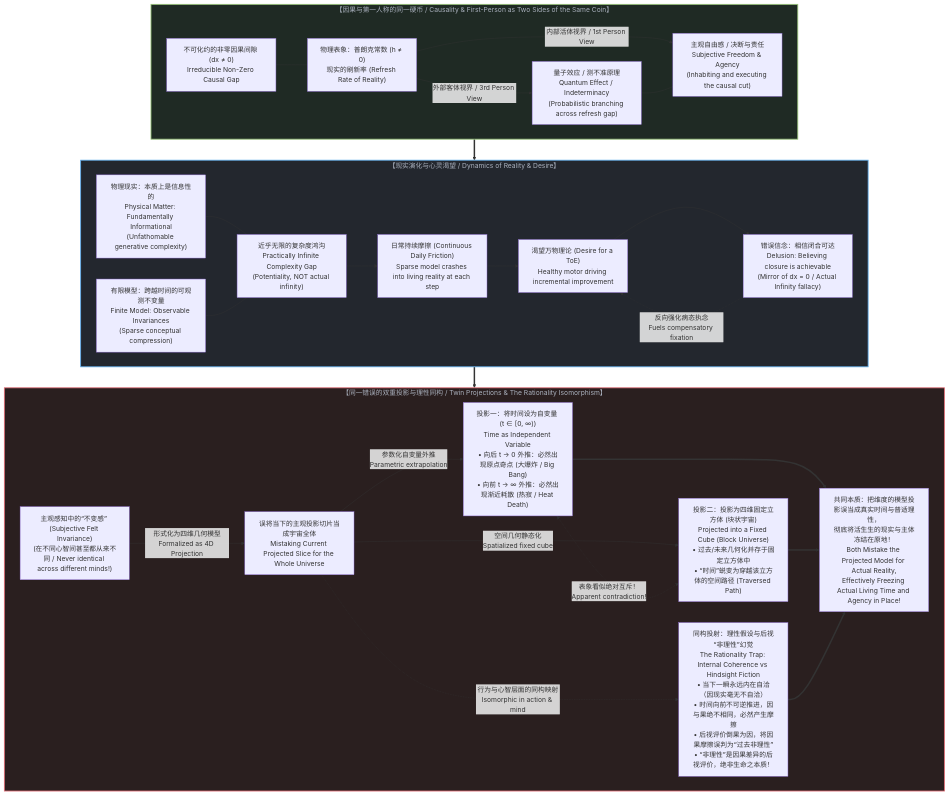
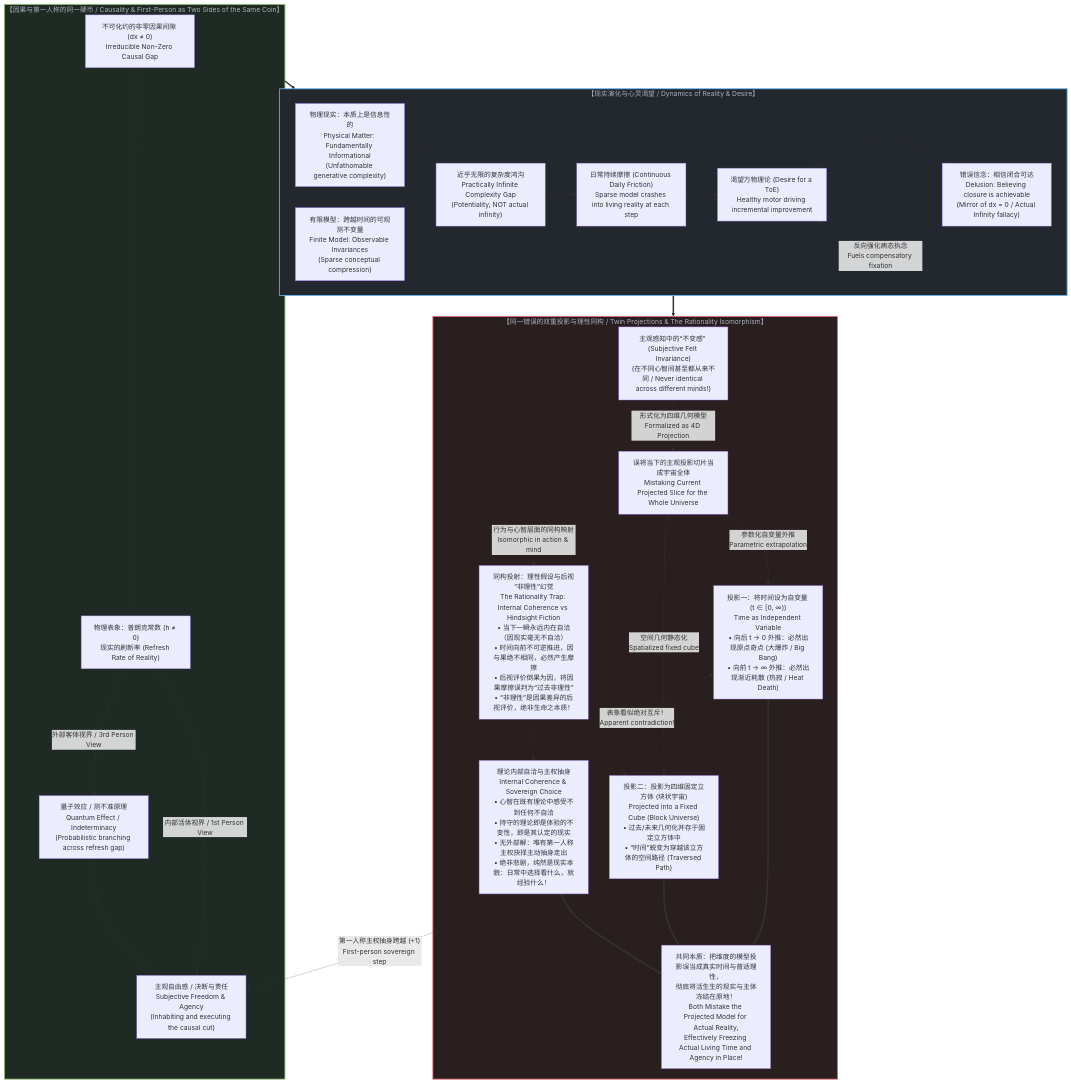
The diagram in content/posts/demanding-a-toe-freezes-time-into-a-catalog.md (powerpig99/not-a-toe), drawn with Mermaid before and after one commit. The commit also changed other lines of this file and 3 other files, not shown here.

Commit message:
feat: add internal coherence of theories and sovereign step, recalibrating tone to everyday reality

````diff
--- a/content/posts/demanding-a-toe-freezes-time-into-a-catalog.md
+++ b/content/posts/demanding-a-toe-freezes-time-into-a-catalog.md
@@ -678,63 +743,67 @@
 ```mermaid
 graph TD
     subgraph GrandCoherence["【因果与第一人称的同一硬币 / Causality & First-Person as Two Sides of the Same Coin】"]
         Cut["不可化约的非零因果间隙 (dx ≠ 0)<br>Irreducible Non-Zero Causal Gap"]
         Planck["物理表象：普朗克常数 (h ≠ 0)<br>现实的刷新率 (Refresh Rate of Reality)"]
         
         Cut --- Planck
         
         Planck -->|"外部客体视界 / 3rd Person View"| Quantum["量子效应 / 测不准原理<br>Quantum Effect / Indeterminacy<br>(Probabilistic branching across refresh gap)"]
         Planck -->|"内部活体视界 / 1st Person View"| Freedom["主观自由感 / 决断与责任<br>Subjective Freedom & Agency<br>(Inhabiting and executing the causal cut)"]
         
         Quantum --- Freedom
     end
 
     subgraph Dynamics["【现实演化与心灵渴望 / Dynamics of Reality & Desire】"]
         Reality["物理现实：本质上是信息性的<br>Physical Matter: Fundamentally Informational<br>(Unfathomable generative complexity)"]
         Model["有限模型：跨越时间的可观测不变量<br>Finite Model: Observable Invariances<br>(Sparse conceptual compression)"]
         
         Gap["近乎无限的复杂度鸿沟<br>Practically Infinite Complexity Gap<br>(Potentiality, NOT actual infinity)"]
         Reality --- Gap
         Model --- Gap
         
         Friction["日常持续摩擦 (Continuous Daily Friction)<br>Sparse model crashes into living reality at each step"]
         Gap --> Friction
         
         Desire["渴望万物理论 (Desire for a ToE)<br>Healthy motor driving incremental improvement"]
         Belief["错误信念：相信闭合可达<br>Delusion: Believing closure is achievable<br>(Mirror of dx = 0 / Actual Infinity fallacy)"]
         
         Friction --> Desire
         Desire --> Belief
         Belief -. "反向强化病态执念<br>Fuels compensatory fixation" .-> Desire
     end
 
     subgraph TwinProjections["【同一错误的双重投影与理性同构 / Twin Projections & The Rationality Isomorphism】"]
         Subjective["主观感知中的“不变感” (Subjective Felt Invariance)<br>(在不同心智间甚至都从来不同 / Never identical across different minds!)"]
         CurrentSlice["误将当下的主观投影切片当成宇宙全体<br>Mistaking Current Projected Slice for the Whole Universe"]
         
         Subjective -->|"形式化为四维几何模型<br>Formalized as 4D Projection"| CurrentSlice
         
         Proj1["投影一：将时间设为自变量 (t ∈ [0, ∞))<br>Time as Independent Variable<br>• 向后 t → 0 外推：必然出现原点奇点 (大爆炸 / Big Bang)<br>• 向前 t → ∞ 外推：必然出现渐近耗散 (热寂 / Heat Death)"]
         
         Proj2["投影二：投影为四维固定立方体 (块状宇宙)<br>Projected into a Fixed Cube (Block Universe)<br>• 过去/未来几何化并存于固定立方体中<br>• “时间”蜕变为穿越该立方体的空间路径 (Traversed Path)"]
         
         Rationality["同构投射：理性假设与后视“非理性”幻觉<br>The Rationality Trap: Internal Coherence vs Hindsight Fiction<br>• 当下一瞬永远内在自洽（因现实毫无不自洽）<br>• 时间向前不可逆推进，因与果绝不相同，必然产生摩擦<br>• 后视评价倒果为因，将因果摩擦误判为“过去非理性”<br>• “非理性”是因果差异的后视评价，绝非生命之本质！"]
         
         Freeze["共同本质：把维度的模型投影误当成真实时间与普适理性，<br>彻底将活生生的现实与主体冻结在原地！<br>Both Mistake the Projected Model for Actual Reality,<br>Effectively Freezing Actual Living Time and Agency in Place!"]
         
         CurrentSlice -->|"参数化自变量外推<br>Parametric extrapolation"| Proj1
         CurrentSlice -->|"空间几何静态化<br>Spatialized fixed cube"| Proj2
         CurrentSlice -. "行为与心智层面的同构映射<br>Isomorphic in action & mind" .-> Rationality
         Proj1 <-. "表象看似绝对互斥！<br>Apparent contradiction!" .-> Proj2
         Proj1 ==> Freeze
         Proj2 ==> Freeze
-        Rationality ==> Freeze
+        SovereignChoice["理论内部自洽与主权抽身<br>Internal Coherence & Sovereign Choice<br>• 心智在既有理论中感受不到任何不自洽<br>• 持守的理论即是体验的不变性，即是其认定的现实<br>• 无外部解：唯有第一人称主权抉择主动抽身走出<br>• 绝非悲剧，纯然是现实本貌：日常中选择看什么，就经验什么！"]
+        
+        Rationality --> SovereignChoice
+        SovereignChoice ==> Freeze
+        SovereignChoice -. "第一人称主权抽身跨越 (+1)<br>First-person sovereign step" .-> Freedom
     end
 
     GrandCoherence ==> Dynamics
     Dynamics ==> TwinProjections
 
     style GrandCoherence fill:#1f2a24,stroke:#98c379,stroke-width:2px,color:#abb2bf
     style Dynamics fill:#23272e,stroke:#61afef,stroke-width:2px,color:#abb2bf
     style TwinProjections fill:#2a1f1f,stroke:#e06c75,stroke-width:2px,color:#abb2bf
 ```
````
